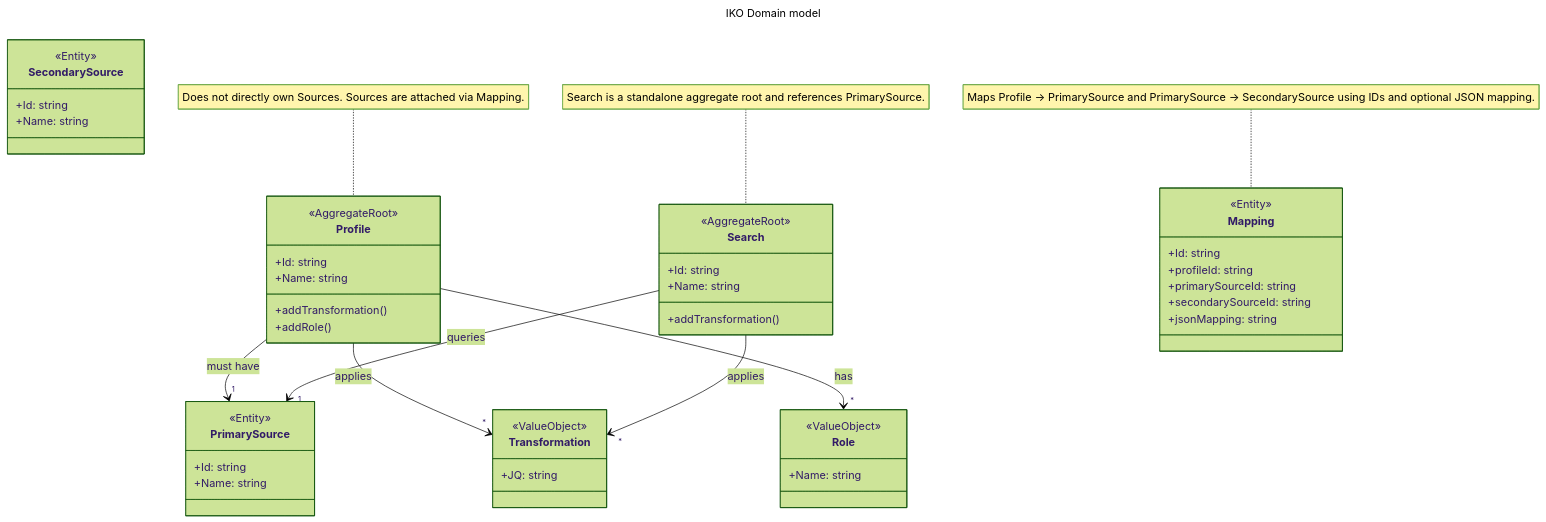
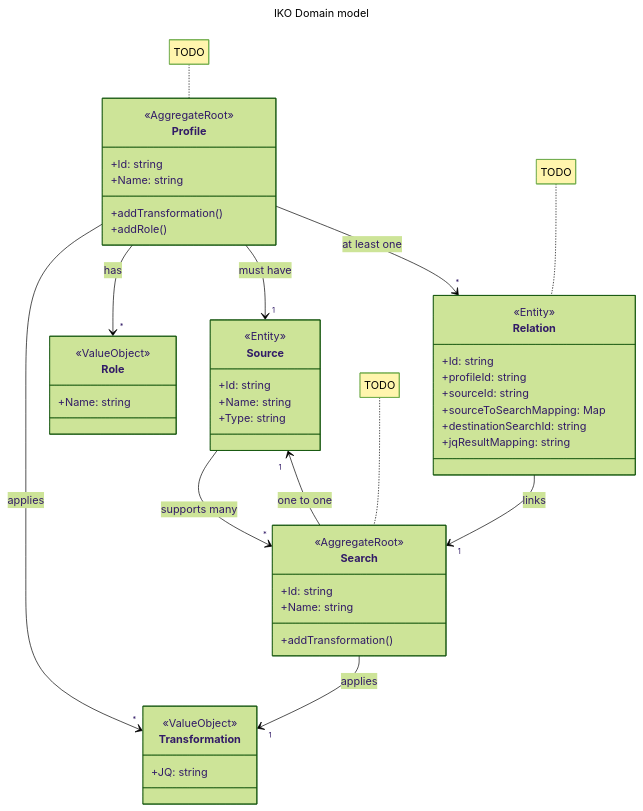
Before and after one commit to Integraal-Klant-en-Objectbeeld/iko: the diagram in domain.mmd, drawn with Mermaid (forest theme).

Commit message:
added domain model

```diff
--- a/domain.mmd
+++ b/domain.mmd
@@ -1,80 +1,76 @@
 ---
 title: IKO Domain model
 ---
 classDiagram
-note for Mapping "Maps Profile → PrimarySource and PrimarySource → SecondarySource using IDs and optional JSON mapping."
-note for Search "Search is a standalone aggregate root and references PrimarySource."
-note for Profile "Does not directly own Sources. Sources are attached via Mapping."
+    note for Relation "TODO"
+    note for Search "TODO"
+    note for Profile "TODO"
 
-class Profile {
-+Id: string
-+Name: string
-+addTransformation()
-+addRole()
+    class Profile {
+        +Id: string
+        +Name: string
+        +addTransformation()
+        +addRole()
     }
 
-class Role {
-+Name: string
-}
-
-class Transformation {
-+JQ: string
-}
-
-class Search {
-+Id: string
-+Name: string
-+addTransformation()
-}
-
-class Mapping {
-+Id: string
-+profileId: string
-+primarySourceId: string
-+secondarySourceId: string
-+jsonMapping: string
-}
-
-class PrimarySource {
-+Id: string
-+Name: string
+    class Role {
+        +Name: string
     }
 
-class SecondarySource {
-+Id: string
-+Name: string
+    class Transformation {
+        +JQ: string
     }
 
-Profile --> "*" Transformation : applies
-Profile --> "*" Role : has
-Profile --> "1" PrimarySource : must have
-Search --> "1" PrimarySource : queries
-Search --> "*" Transformation : applies
+    class Search {
+        +Id: string
+        +Name: string
+        +addTransformation()
+    }
 
-class Profile {
-<<AggregateRoot>>
-}
+    class Relation {
+        +Id: string
+        +profileId: string
+        +sourceId: string
+        +sourceToSearchMapping: Map<string, string>
+        +destinationSearchId: string
+        +jqResultMapping: string
+    }
 
-class Search {
-<<AggregateRoot>>
-}
+    class Source {
+        +Id: string
+        +Name: string
+        +Type: string
+    }
 
-class Transformation {
-<<ValueObject>>
-}
+    Profile --> "*" Transformation: applies
+    Profile --> "*" Role: has
+    Profile --> "1" Source: must have
+    Profile --> "*" Relation: at least one
+    Search --> "1" Source: one to one
+    Source --> "*" Search: supports many
+    Search --> "1" Transformation: applies
+    Relation --> "1" Search: links
 
-class Role {
-<<ValueObject>>
-}
+    class Profile {
+        <<AggregateRoot>>
+    }
 
-class Mapping {
-<<Entity>>
-}
+    class Search {
+        <<AggregateRoot>>
+    }
 
-class PrimarySource {
-<<Entity>>
-}
+    class Transformation {
+        <<ValueObject>>
+    }
 
-class SecondarySource {
-<<Entity>>
-}
+    class Role {
+        <<ValueObject>>
+    }
+
+    class Relation {
+        <<Entity>>
+    }
+
+    class Source {
+        <<Entity>>
+    }
```
